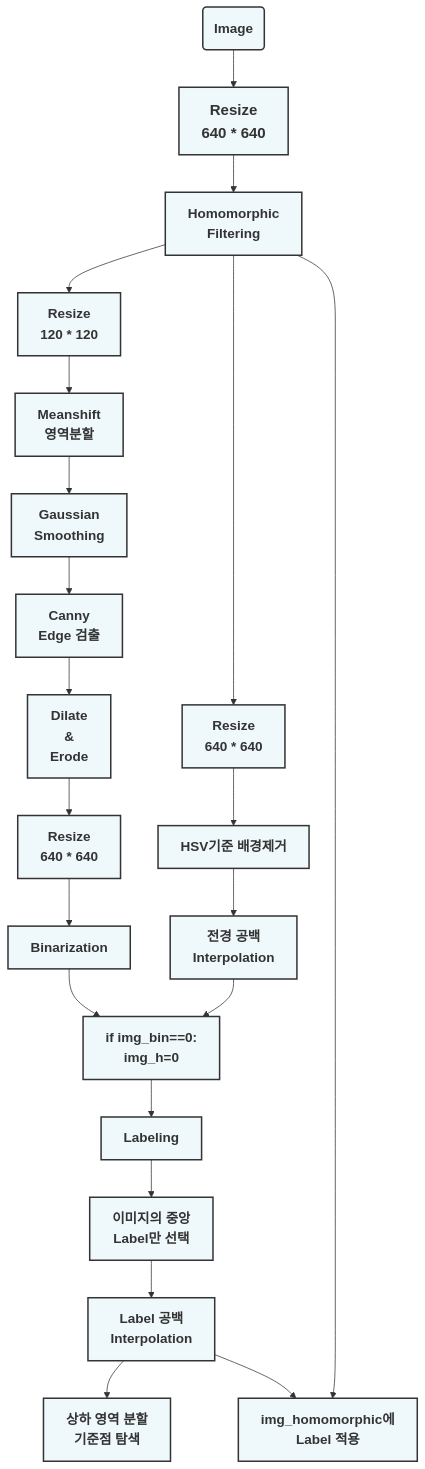
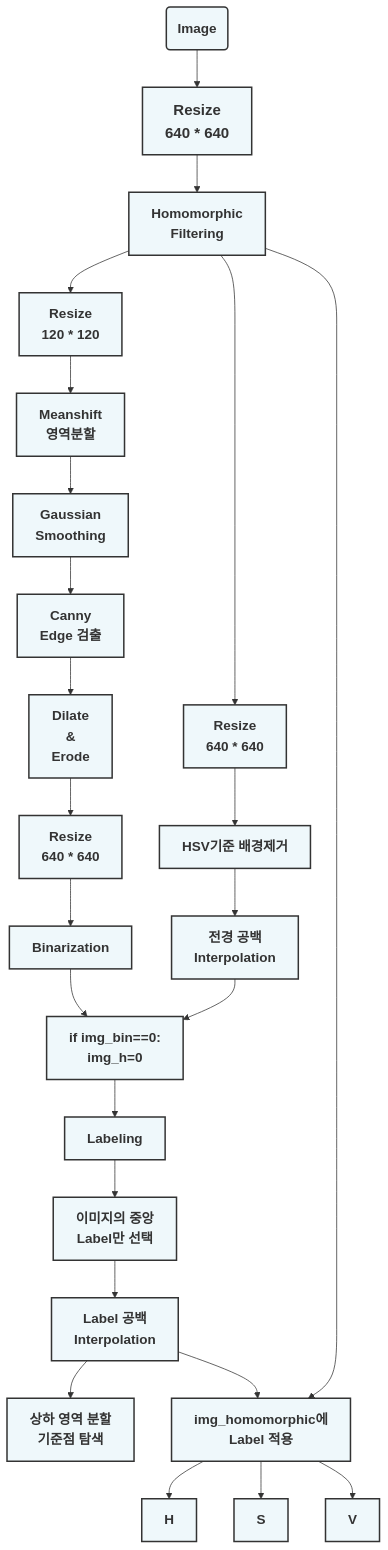
The second of 2 diagrams in Readme.md (201710808/-p), drawn with Mermaid before and after one commit.

````diff
--- a/Readme.md
+++ b/Readme.md
@@ -13,50 +13,56 @@
 ```mermaid
 graph
 A(<b><span style='font-size:18px'>Image</span></b>)-->B[<b><span style='font-size:20px'>Resize<br>640 * 640</span></b>]
 B-->C[<b><span style='font-size:18px'>Homomorphic<br>Filtering</span></b>]
 C-->D1[<b><span style='font-size:18px'>Resize<br>120 * 120</span></b>]
 D1-->E1[<b><span style='font-size:18px'>Meanshift<br>영역분할</span></b>]
 E1-->F1[<b><span style='font-size:18px'>Gaussian<br>Smoothing</span></b>]
 F1-->G[<b><span style='font-size:18px'>Canny<br>Edge 검출</span></b>]
 G-->H[<b><span style='font-size:18px'>Dilate<br>&<br>Erode</span></b>]
 H-->I[<b><span style='font-size:18px'>Resize<br>640 * 640</span></b>]
 I-->J[<b><span style='font-size:18px'>Binarization</span></b>]
 
 C-->D2[<b><span style='font-size:18px'>Resize<br>640 * 640</span></b>]
 D2-->E2[<b><span style='font-size:18px'>HSV기준 배경제거</span></b>]
 E2-->F2[<b><span style='font-size:18px'>전경 공백<br>Interpolation</span></b>]
 
 J-->K
 F2-->K[<b><span style='font-size:18px'>if img_bin==0:<br>img_h=0</span></b>]
 K-->L[<b><span style='font-size:18px'>Labeling</span></b>]
 L-->M[<b><span style='font-size:18px'>이미지의 중앙<br>Label만 선택</span></b>]
 M-->N[<b><span style='font-size:18px'>Label 공백<br>Interpolation</span></b>]
 N-->O1[<b><span style='font-size:18px'>상하 영역 분할<br>기준점 탐색</span></b>]
 
 C-->O2
 N-->O2[<b><span style='font-size:18px'>img_homomorphic에<br>Label 적용</span></b>]
+O2-->P1[<b><span style='font-size:18px'>H</span></b>]
+O2-->P2[<b><span style='font-size:18px'>S</span></b>]
+O2-->P3[<b><span style='font-size:18px'>V</span></b>]
 
 
 style A fill:#EFF8FB ,stroke:#333,stroke-width:2px
 style B fill:#EFF8FB ,stroke:#333,stroke-width:2px
 style C fill:#EFF8FB ,stroke:#333,stroke-width:2px
 style D1 fill:#EFF8FB ,stroke:#333,stroke-width:2px
 style E1 fill:#EFF8FB ,stroke:#333,stroke-width:2px
 style F1 fill:#EFF8FB ,stroke:#333,stroke-width:2px
 style G fill:#EFF8FB ,stroke:#333,stroke-width:2px
 style H fill:#EFF8FB ,stroke:#333,stroke-width:2px
 style I fill:#EFF8FB ,stroke:#333,stroke-width:2px
 style J fill:#EFF8FB ,stroke:#333,stroke-width:2px
 
 style D2 fill:#EFF8FB ,stroke:#333,stroke-width:2px
 style E2 fill:#EFF8FB ,stroke:#333,stroke-width:2px
 style F2 fill:#EFF8FB ,stroke:#333,stroke-width:2px
 
 style K fill:#EFF8FB ,stroke:#333,stroke-width:2px
 style L fill:#EFF8FB ,stroke:#333,stroke-width:2px
 style M fill:#EFF8FB ,stroke:#333,stroke-width:2px
 style N fill:#EFF8FB ,stroke:#333,stroke-width:2px
 style O1 fill:#EFF8FB ,stroke:#333,stroke-width:2px
 
 style O2 fill:#EFF8FB ,stroke:#333,stroke-width:2px
+style P1 fill:#EFF8FB ,stroke:#333,stroke-width:2px
+style P2 fill:#EFF8FB ,stroke:#333,stroke-width:2px
+style P3 fill:#EFF8FB ,stroke:#333,stroke-width:2px
 ```
````
